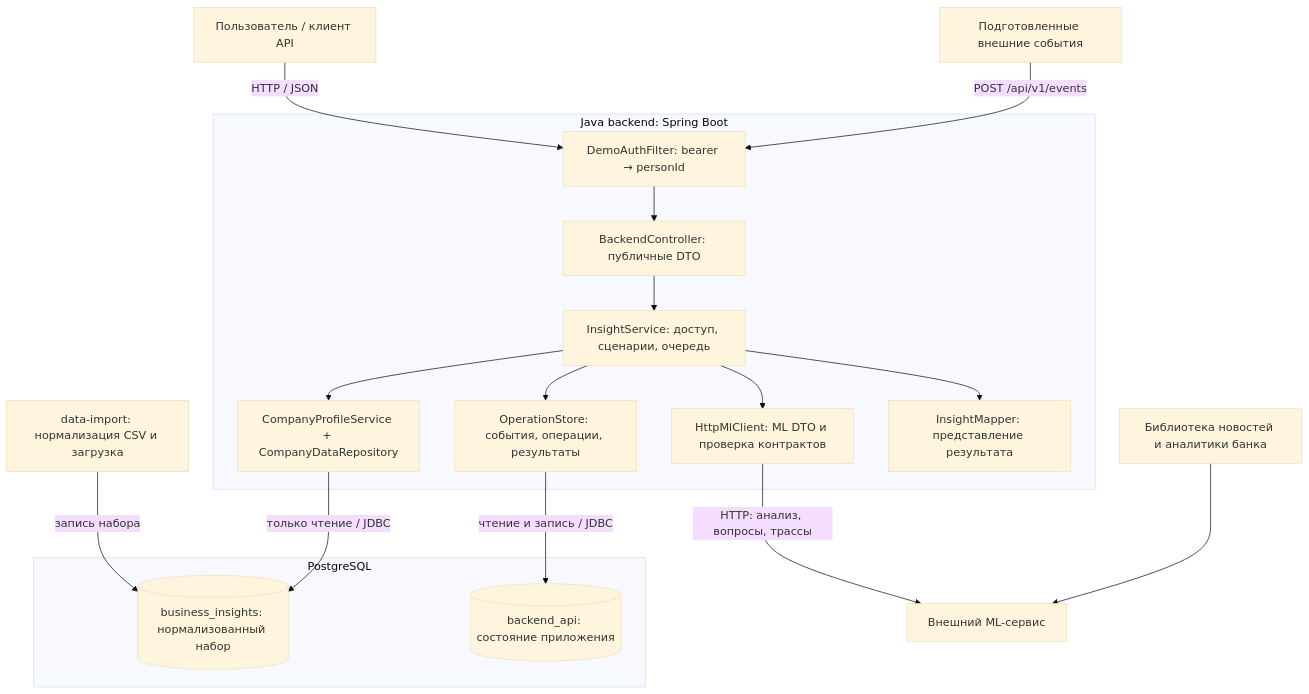
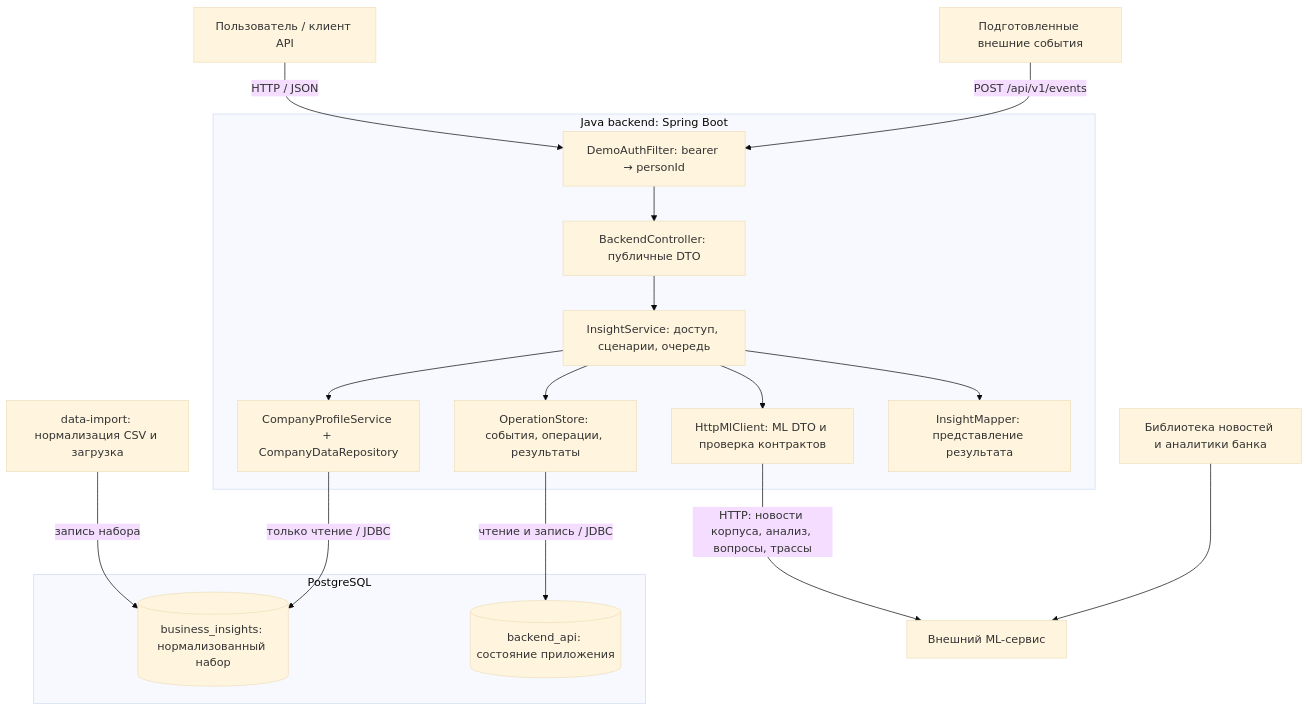
The first of 5 diagrams in backend-api/docs/architecture.md (AyKezBan/business-insights), drawn with Mermaid (base theme) before and after one commit. The commit also changed other lines of this file and 31 other files, not shown here.

````diff
--- a/backend-api/docs/architecture.md
+++ b/backend-api/docs/architecture.md
@@ -7,38 +7,38 @@
 ```mermaid
 flowchart TB
     User["Пользователь / клиент API"]
     Events["Подготовленные внешние события"]
     Import["data-import: нормализация CSV и загрузка"]
 
     subgraph Java["Java backend: Spring Boot"]
         Auth["DemoAuthFilter: bearer → personId"]
         API["BackendController: публичные DTO"]
         Service["InsightService: доступ, сценарии, очередь"]
         Data["CompanyProfileService + CompanyDataRepository"]
         Store["OperationStore: события, операции, результаты"]
         Client["HttpMlClient: ML DTO и проверка контрактов"]
         Mapper["InsightMapper: представление результата"]
         Auth --> API
         API --> Service
         Service --> Data
         Service --> Store
         Service --> Client
         Service --> Mapper
     end
 
     subgraph PostgreSQL["PostgreSQL"]
         Imported[("business_insights: нормализованный набор")]
         App[("backend_api: состояние приложения")]
     end
 
     ML["Внешний ML-сервис"]
     Library["Библиотека новостей и аналитики банка"]
 
     User -->|"HTTP / JSON"| Auth
     Events -->|"POST /api/v1/events"| Auth
     Import -->|"запись набора"| Imported
     Data -->|"только чтение / JDBC"| Imported
     Store -->|"чтение и запись / JDBC"| App
-    Client -->|"HTTP: анализ, вопросы, трассы"| ML
+    Client -->|"HTTP: новости корпуса, анализ, вопросы, трассы"| ML
     Library --> ML
 ```
````
